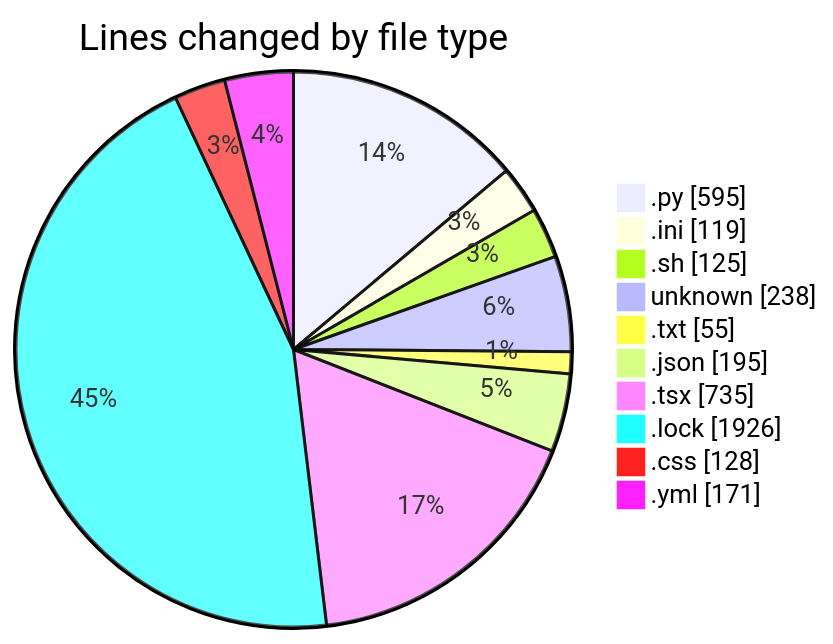
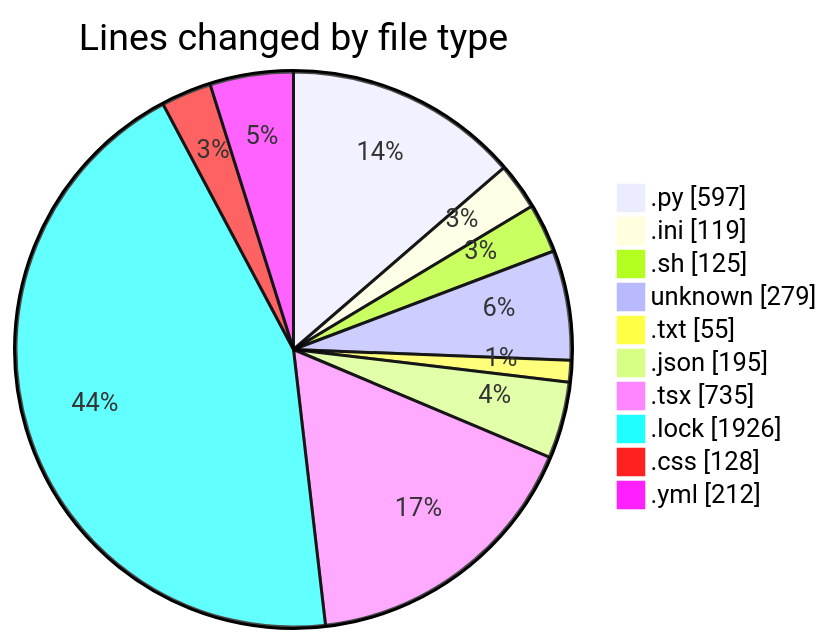
One commit to Elitesun/code-tracking changed the first of 2 diagrams in 2025-05-12/niten/README.md. Above: the diagram before and after it, drawn with Mermaid. The commit also changed other lines of this file and 1 other file, not shown here.

````diff
--- a/2025-05-12/niten/README.md
+++ b/2025-05-12/niten/README.md
@@ -38,14 +39,14 @@
 ```mermaid
 pie showData
 title Lines changed by file type
-".py" : 595
+".py" : 597
 ".ini" : 119
 ".sh" : 125
-"unknown" : 238
+"unknown" : 279
 ".txt" : 55
 ".json" : 195
 ".tsx" : 735
 ".lock" : 1926
 ".css" : 128
-".yml" : 171
+".yml" : 212
 ```
````
